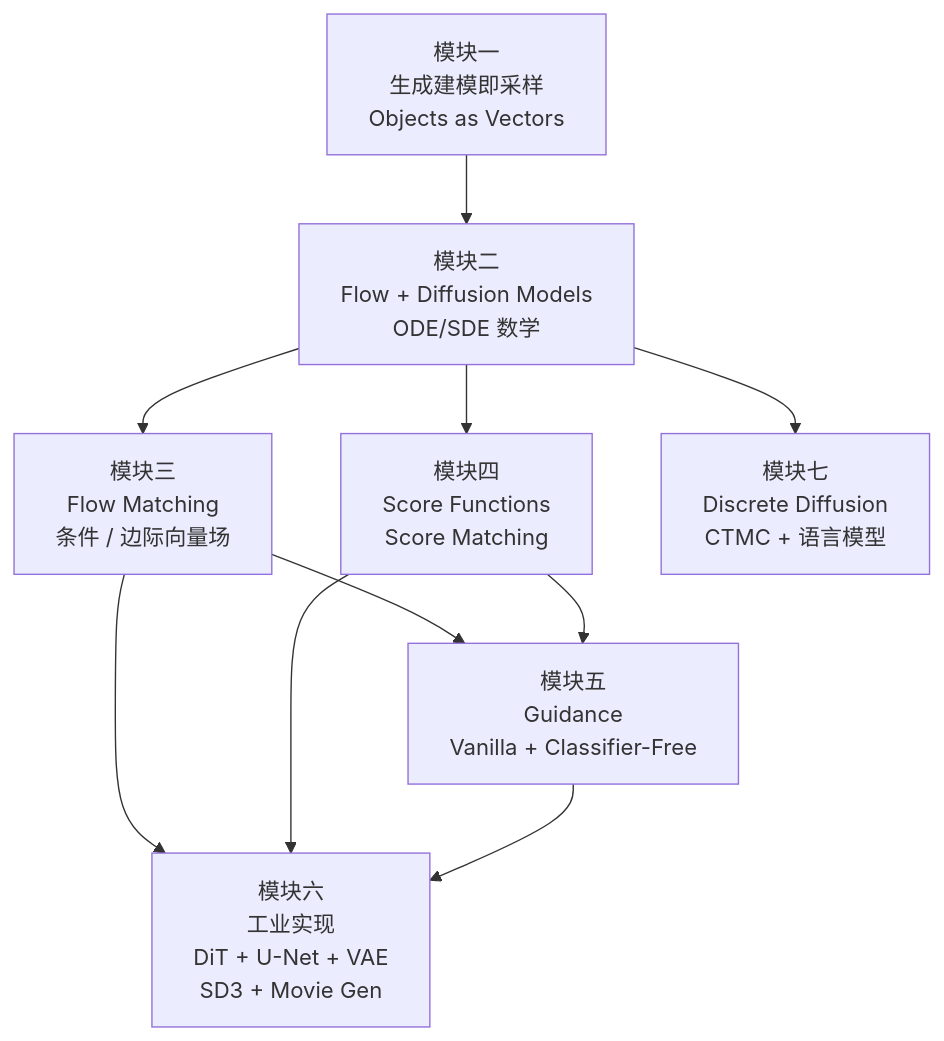
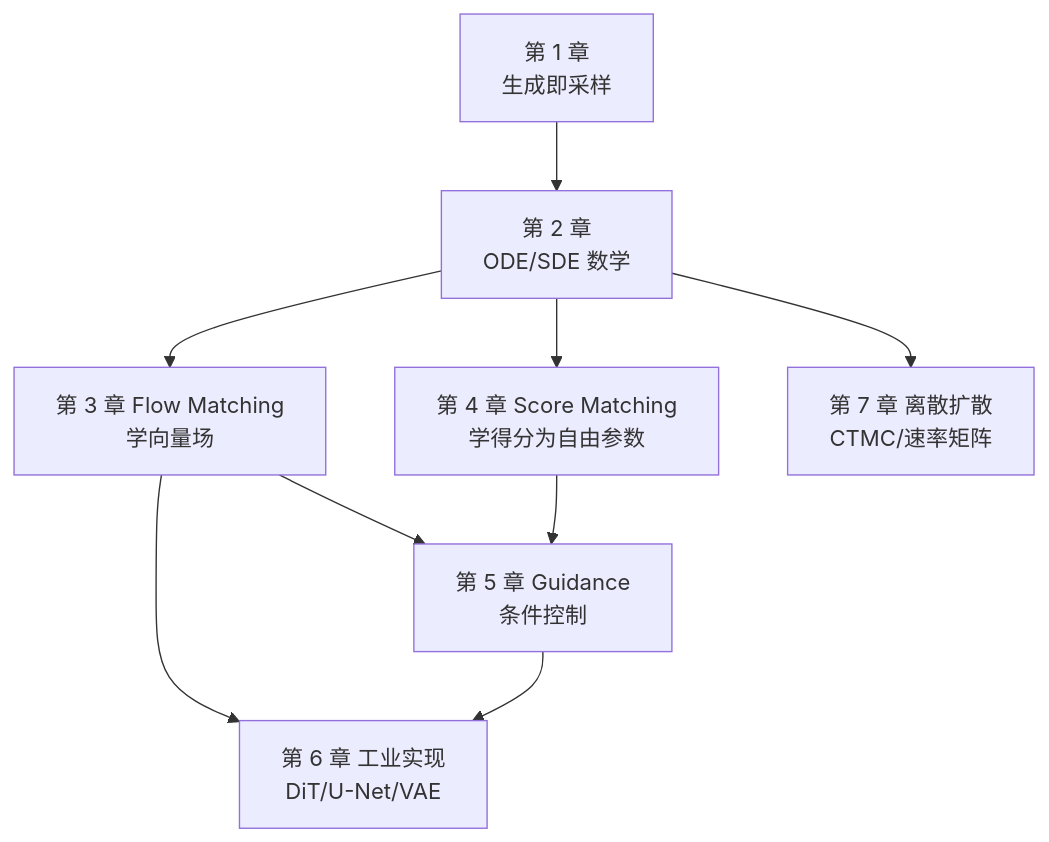
The diagram in content/posts/tech/mit-6s184-flow-matching-diffusion-unified-perspective.md (A1pha3/text-matrix), drawn with Mermaid before and after one commit. The commit also changed other lines of this file and 227 other files, not shown here.

````diff
--- a/content/posts/tech/mit-6s184-flow-matching-diffusion-unified-perspective.md
+++ b/content/posts/tech/mit-6s184-flow-matching-diffusion-unified-perspective.md
@@ -89,19 +142,11 @@
 ```mermaid
 graph TD
-  A["模块一<br/>生成建模即采样<br/>Objects as Vectors"]
-  B["模块二<br/>Flow + Diffusion Models<br/>ODE/SDE 数学"]
-  C["模块三<br/>Flow Matching<br/>条件 / 边际向量场"]
-  D["模块四<br/>Score Functions<br/>Score Matching"]
-  E["模块五<br/>Guidance<br/>Vanilla + Classifier-Free"]
-  F["模块六<br/>工业实现<br/>DiT + U-Net + VAE<br/>SD3 + Movie Gen"]
-  G["模块七<br/>Discrete Diffusion<br/>CTMC + 语言模型"]
-  A --> B
-  B --> C
-  B --> D
-  C --> E
+  A["第 1 章<br/>生成即采样"] --> B["第 2 章<br/>ODE/SDE 数学"]
+  B --> C["第 3 章 Flow Matching<br/>学向量场"]
+  B --> D["第 4 章 Score Matching<br/>学得分为自由参数"]
+  C --> E["第 5 章 Guidance<br/>条件控制"]
   D --> E
-  C --> F
-  D --> F
+  C --> F["第 6 章 工业实现<br/>DiT/U-Net/VAE"]
   E --> F
-  B --> G
+  B --> G["第 7 章 离散扩散<br/>CTMC/速率矩阵"]
 ```
````
